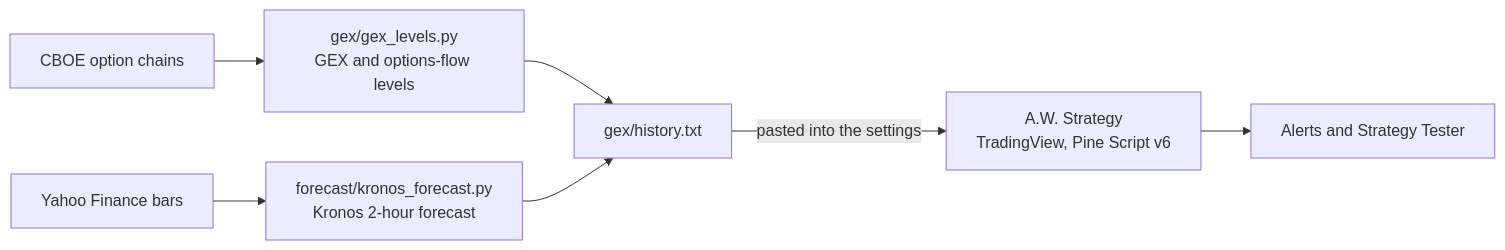
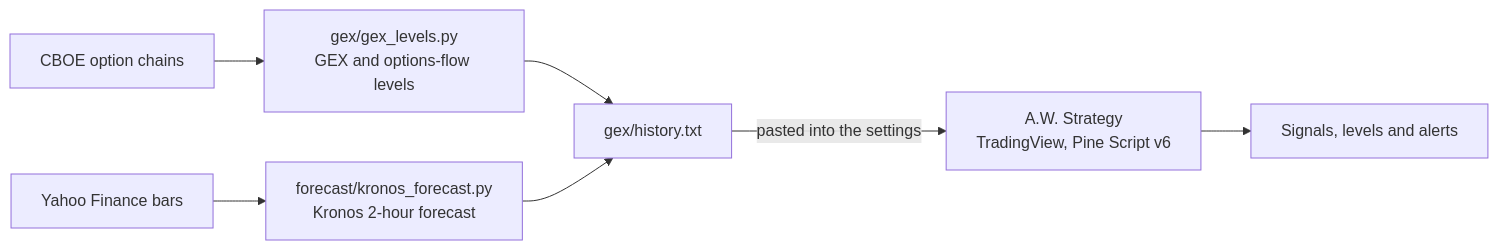
Before and after one commit to abdulwh1d/claude-trading-bot: the diagram in README.md, drawn with Mermaid. The commit also changed other lines of this file and 1 other file, not shown here.

First line of the commit message:
Docs: A.W. Strategy as the indicator on the chart, ranked GEX and options-flow levels, no tables

````diff
--- a/README.md
+++ b/README.md
@@ -53,9 +39,9 @@
 ```mermaid
 flowchart LR
     C[CBOE option chains] --> G[gex/gex_levels.py<br/>GEX and options-flow levels]
     Y[Yahoo Finance bars] --> K[forecast/kronos_forecast.py<br/>Kronos 2-hour forecast]
     G --> H[gex/history.txt]
     K --> H
     H -->|pasted into the settings| T[A.W. Strategy<br/>TradingView, Pine Script v6]
-    T --> A[Alerts and Strategy Tester]
+    T --> A[Signals, levels and alerts]
 ```
````
